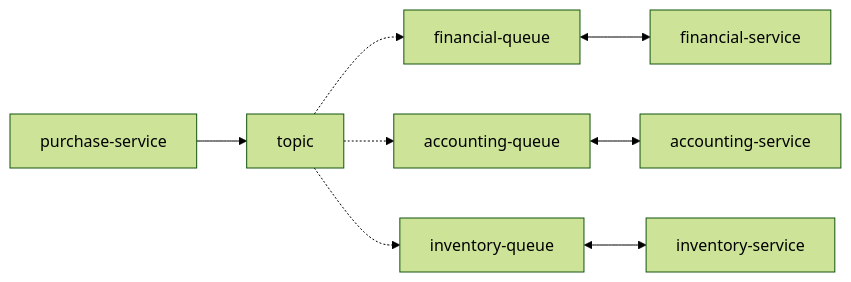
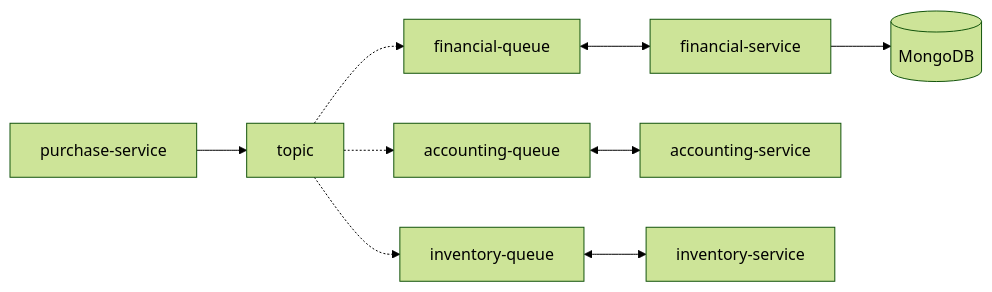
Before and after one commit to PauloNayron/fanout-aws-spring: the diagram in README.md, drawn with Mermaid (forest theme).

````diff
--- a/README.md
+++ b/README.md
@@ -5,7 +5,9 @@
 ```mermaid
 flowchart LR
     purchase-service --> topic
     topic -.-> financial-queue <--> financial-service
     topic -.-> accounting-queue <--> accounting-service 
     topic -.-> inventory-queue <--> inventory-service 
+    
+    financial-service --> db[(MongoDB)]
 ```
````
